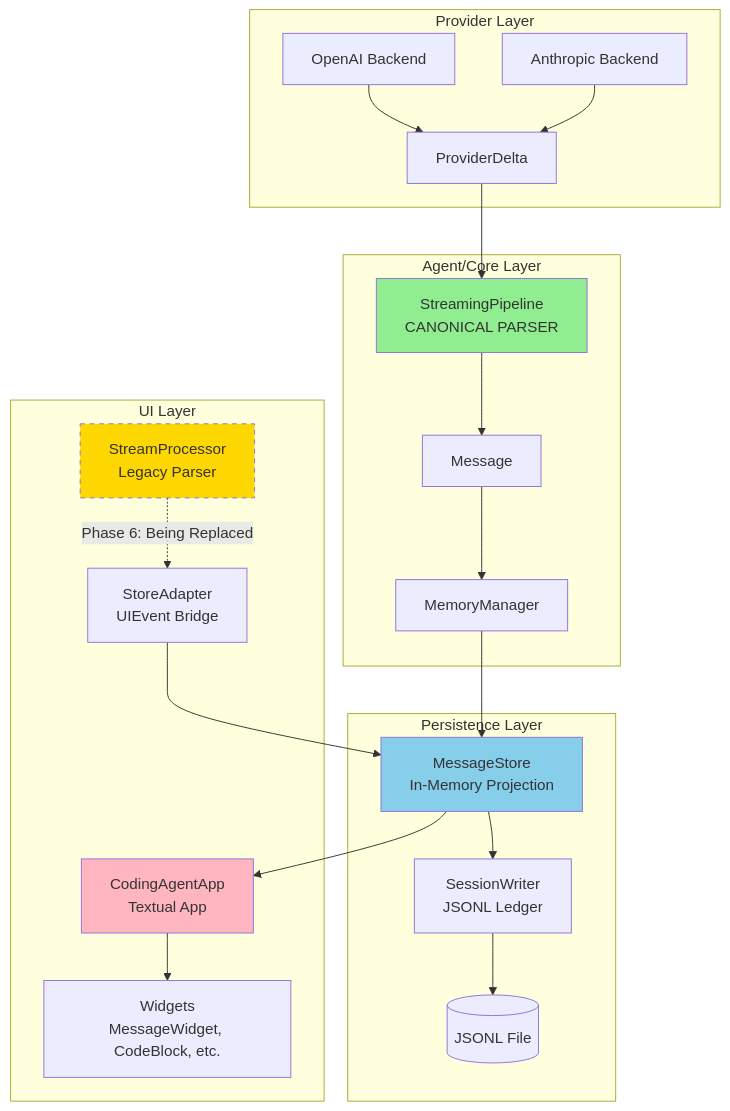
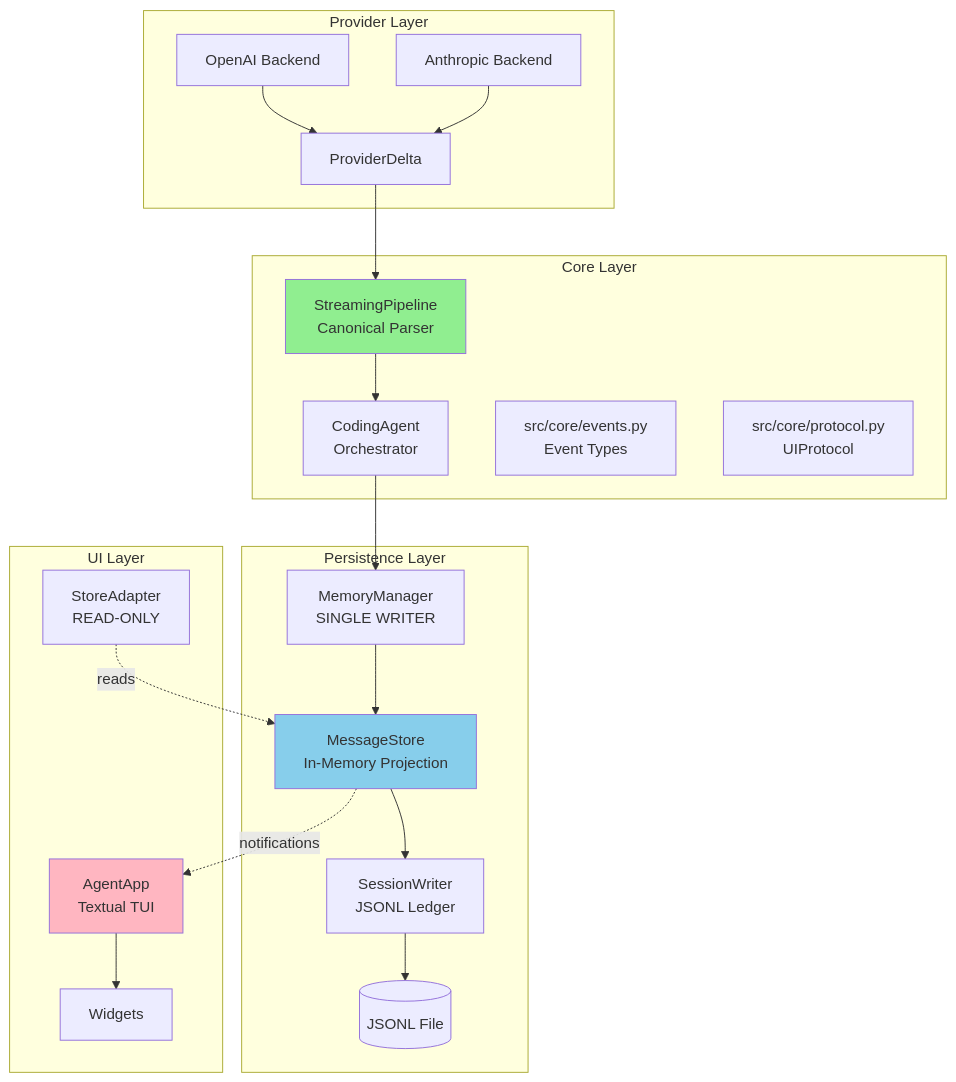
Before and after one commit to vijayjayanandan/claraity-code: the first of 7 diagrams in docs/TUI_PERSISTENCE_ARCHITECTURE.md, drawn with Mermaid. The commit also changed other lines of this file and 8 other files, not shown here.

First line of the commit message:
Eliminate dual text accumulation and rewrite architecture doc

````diff
--- a/docs/TUI_PERSISTENCE_ARCHITECTURE.md
+++ b/docs/TUI_PERSISTENCE_ARCHITECTURE.md
@@ -69,41 +28,35 @@
 ```mermaid
 graph TB
     subgraph "Provider Layer"
-        OpenAI[OpenAI Backend]
-        Anthropic[Anthropic Backend]
-        OpenAI --> ProviderDelta
-        Anthropic --> ProviderDelta
+        OpenAI[OpenAI Backend] --> PD[ProviderDelta]
+        Anthropic[Anthropic Backend] --> PD
     end
-    
-    subgraph "Agent/Core Layer"
-        Pipeline[StreamingPipeline<br/>CANONICAL PARSER]
-        Memory[MemoryManager]
-        ProviderDelta --> Pipeline
-        Pipeline --> Message
-        Message --> Memory
+
+    subgraph "Core Layer"
+        Agent[CodingAgent<br/>Orchestrator]
+        Pipeline[StreamingPipeline<br/>Canonical Parser]
+        Events[src/core/events.py<br/>Event Types]
+        Protocol[src/core/protocol.py<br/>UIProtocol]
+        PD --> Pipeline
+        Pipeline --> Agent
     end
-    
+
     subgraph "Persistence Layer"
+        Memory[MemoryManager<br/>SINGLE WRITER]
         Store[MessageStore<br/>In-Memory Projection]
         Writer[SessionWriter<br/>JSONL Ledger]
-        Memory --> Store
-        Store --> Writer
-        Writer --> JSONL[(JSONL File)]
+        Agent --> Memory --> Store --> Writer --> JSONL[(JSONL File)]
     end
-    
+
     subgraph "UI Layer"
-        TUI[CodingAgentApp<br/>Textual App]
-        StoreAdapter[StoreAdapter<br/>UIEvent Bridge]
-        Widgets[Widgets<br/>MessageWidget, CodeBlock, etc.]
-        
-        StreamProc[StreamProcessor<br/>Legacy Parser] -.-> |"Phase 6: Being Replaced"| StoreAdapter
-        StoreAdapter --> Store
-        Store --> TUI
-        TUI --> Widgets
+        TUI[AgentApp<br/>Textual TUI]
+        Adapter[StoreAdapter<br/>READ-ONLY]
+        Widgets[Widgets]
+        Store -.->|notifications| TUI --> Widgets
+        Adapter -.->|reads| Store
     end
-    
+
     style Pipeline fill:#90EE90
     style Store fill:#87CEEB
     style TUI fill:#FFB6C1
-    style StreamProc fill:#FFD700,stroke-dasharray: 5 5
 ```
````
